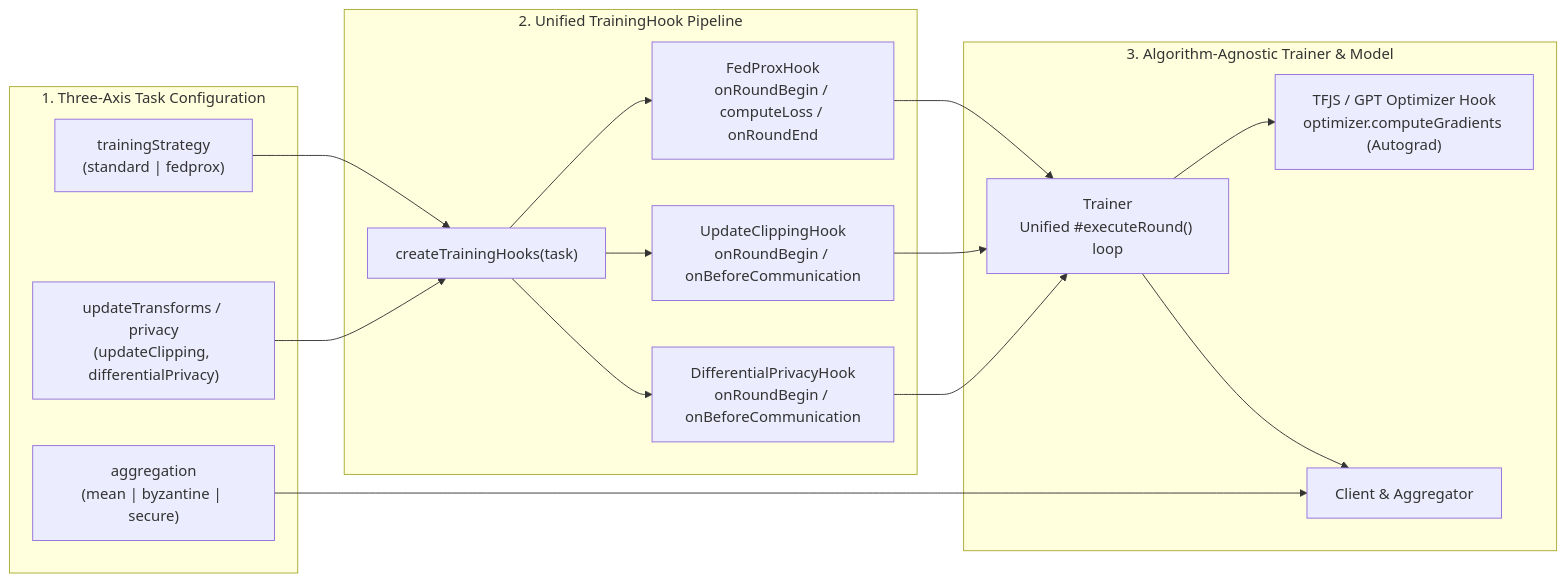
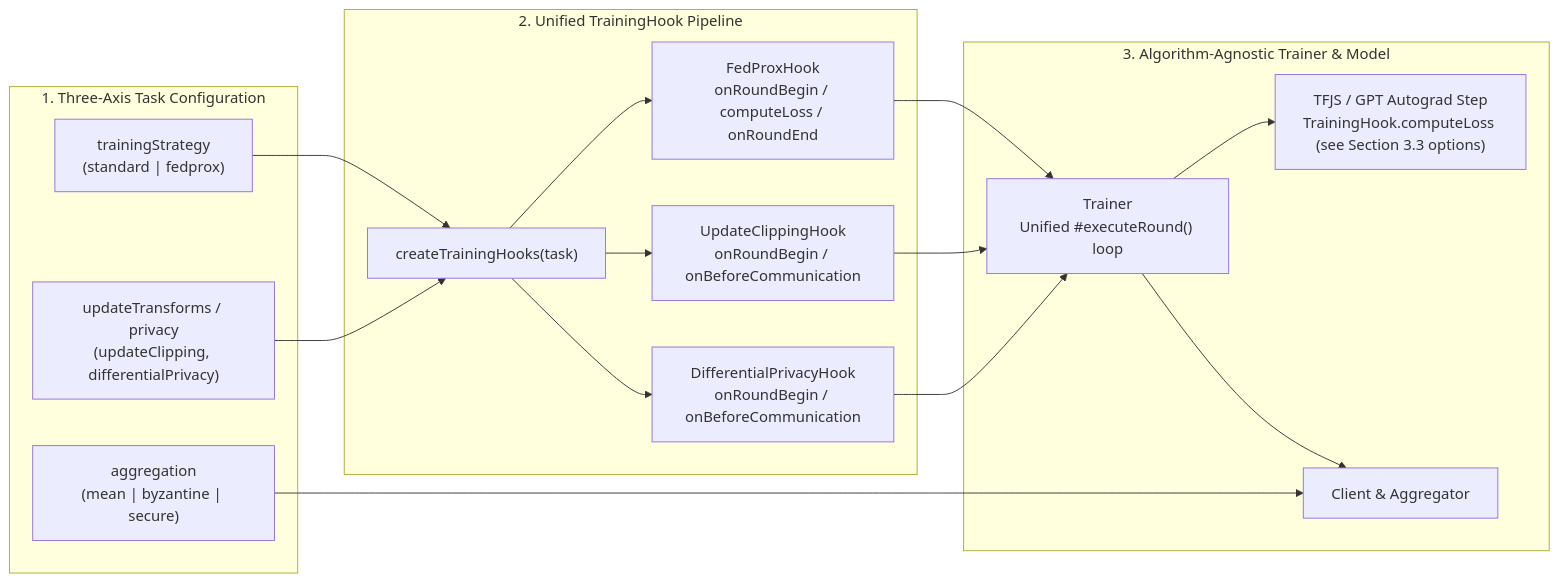
Before and after one commit to epfml/disco: the second of 3 diagrams in docs/TRAINING_ARCHITECTURE.md, drawn with Mermaid. The commit also changed other lines of this file, not shown here.

Commit message:
docs: compare TFJS autograd hook options and clarify client-side clipping

````diff
--- a/docs/TRAINING_ARCHITECTURE.md
+++ b/docs/TRAINING_ARCHITECTURE.md
@@ -90,33 +90,33 @@
 ```mermaid
 flowchart LR
     subgraph Config["1. Three-Axis Task Configuration"]
         TS["trainingStrategy<br/>(standard | fedprox)"]
         UT["updateTransforms / privacy<br/>(updateClipping, differentialPrivacy)"]
         AG["aggregation<br/>(mean | byzantine | secure)"]
     end
 
     subgraph HookPipeline["2. Unified TrainingHook Pipeline"]
         HF["createTrainingHooks(task)"]
         H1["FedProxHook<br/>onRoundBegin / computeLoss / onRoundEnd"]
         H2["UpdateClippingHook<br/>onRoundBegin / onBeforeCommunication"]
         H3["DifferentialPrivacyHook<br/>onRoundBegin / onBeforeCommunication"]
         HF --> H1
         HF --> H2
         HF --> H3
     end
 
     subgraph Execution["3. Algorithm-Agnostic Trainer & Model"]
         TR["Trainer<br/>Unified #executeRound() loop"]
-        OPT["TFJS / GPT Optimizer Hook<br/>optimizer.computeGradients (Autograd)"]
+        OPT["TFJS / GPT Autograd Step<br/>TrainingHook.computeLoss (see Section 3.3 options)"]
         CL["Client & Aggregator"]
         TR --> OPT
         TR --> CL
     end
 
     TS --> HF
     UT --> HF
     AG --> CL
     H1 --> TR
     H2 --> TR
     H3 --> TR
 ```
````
